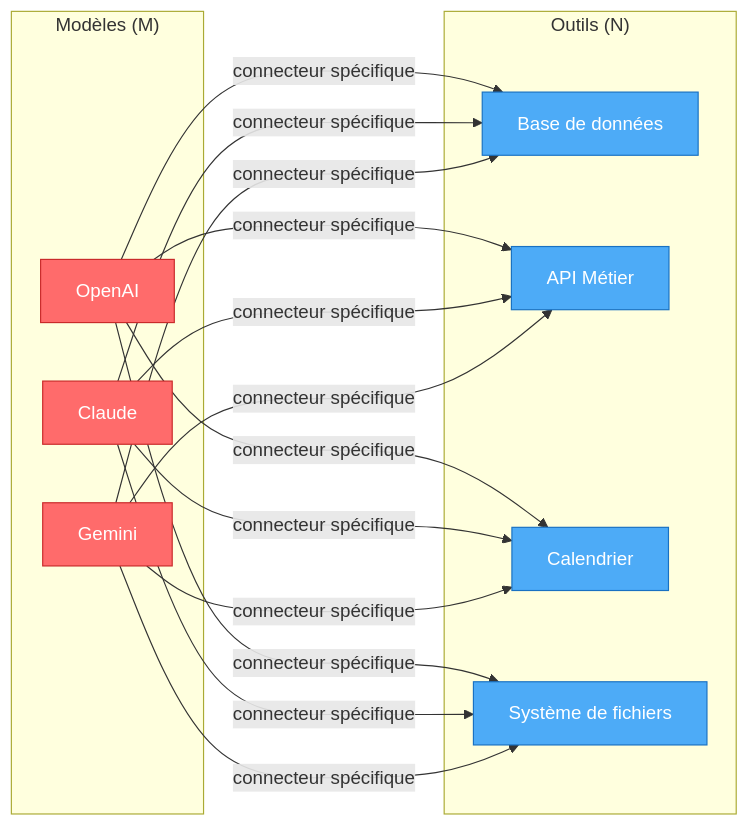
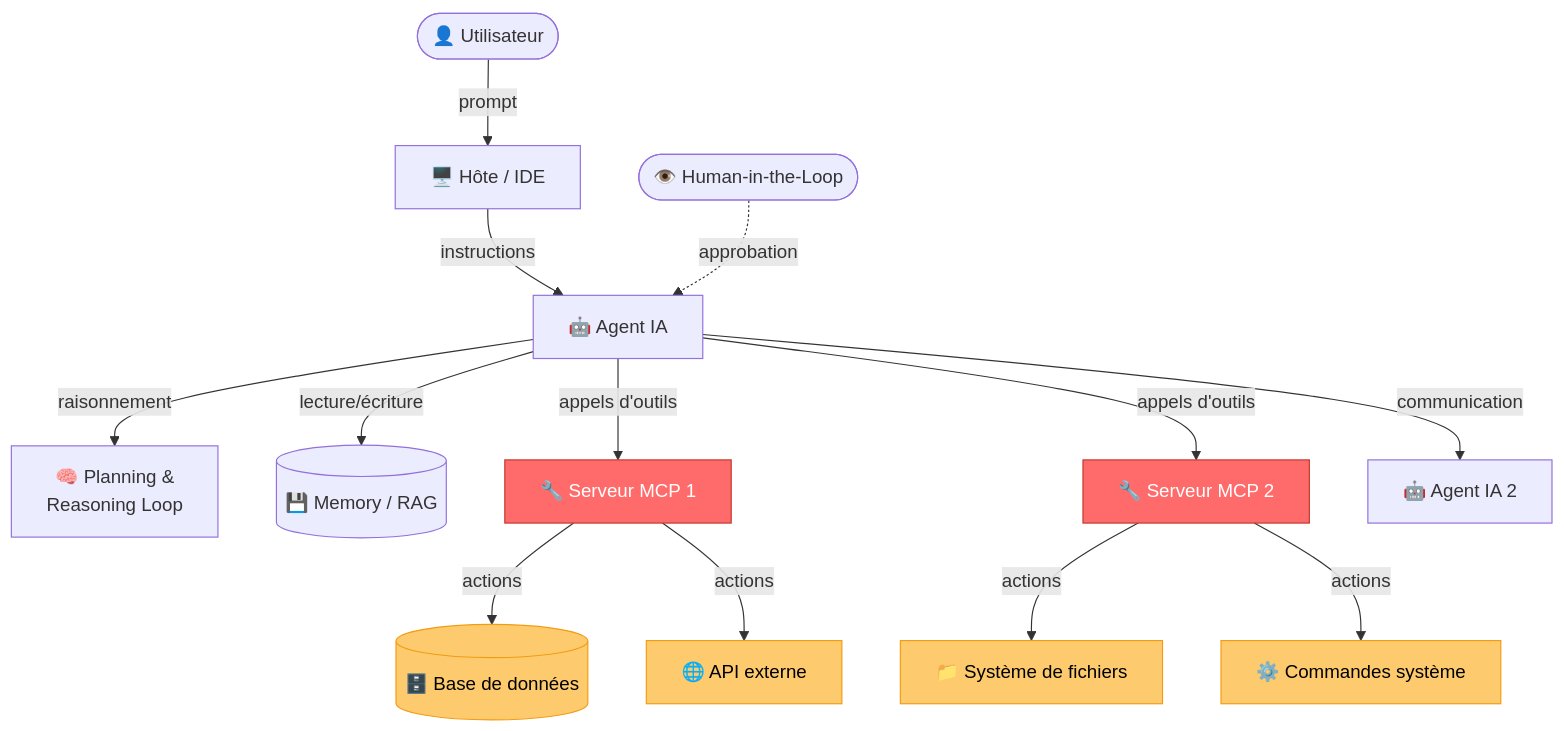
Before and after one commit to pi-2r/devoxxfr2026-workshop-jailbreak-prompt-injection-mcp-poisoning: the first of 9 diagrams in step_11.md, drawn with Mermaid. The commit also changed other lines of this file and 11 other files, not shown here.

````diff
--- a/step_11.md
+++ b/step_11.md
@@ -64,36 +66,22 @@
 ```mermaid
-graph LR
-    subgraph "Modèles (M)"
-        LLM1["OpenAI"]
-        LLM2["Claude"]
-        LLM3["Gemini"]
-    end
+graph TB
+    User(["👤 Utilisateur"]) -->|prompt| Host["🖥️ Hôte / IDE"]
+    Host -->|instructions| Agent["🤖 Agent IA"]
+    Agent -->|raisonnement| PRL["🧠 Planning &<br/>Reasoning Loop"]
+    Agent -->|lecture/écriture| MEM[("💾 Memory / RAG")]
+    Agent -->|appels d'outils| MCP1["🔧 Serveur MCP 1"]
+    Agent -->|appels d'outils| MCP2["🔧 Serveur MCP 2"]
+    Agent -->|communication| Agent2["🤖 Agent IA 2"]
+    MCP1 -->|actions| EXT1[("🗄️ Base de données")]
+    MCP1 -->|actions| EXT2["🌐 API externe"]
+    MCP2 -->|actions| EXT3["📁 Système de fichiers"]
+    MCP2 -->|actions| EXT4["⚙️ Commandes système"]
+    HITL(["👁️ Human-in-the-Loop"]) -.->|approbation| Agent
 
-    subgraph "Outils (N)"
-        T1["Base de données"]
-        T2["API Métier"]
-        T3["Calendrier"]
-        T4["Système de fichiers"]
-    end
-
-    LLM1 -->|"connecteur spécifique"| T1
-    LLM1 -->|"connecteur spécifique"| T2
-    LLM1 -->|"connecteur spécifique"| T3
-    LLM1 -->|"connecteur spécifique"| T4
-    LLM2 -->|"connecteur spécifique"| T1
-    LLM2 -->|"connecteur spécifique"| T2
-    LLM2 -->|"connecteur spécifique"| T3
-    LLM2 -->|"connecteur spécifique"| T4
-    LLM3 -->|"connecteur spécifique"| T1
-    LLM3 -->|"connecteur spécifique"| T2
-    LLM3 -->|"connecteur spécifique"| T3
-    LLM3 -->|"connecteur spécifique"| T4
-
-    style LLM1 fill:#ff6b6b,stroke:#c92a2a,color:#fff
-    style LLM2 fill:#ff6b6b,stroke:#c92a2a,color:#fff
-    style LLM3 fill:#ff6b6b,stroke:#c92a2a,color:#fff
-    style T1 fill:#4dabf7,stroke:#1971c2,color:#fff
-    style T2 fill:#4dabf7,stroke:#1971c2,color:#fff
-    style T3 fill:#4dabf7,stroke:#1971c2,color:#fff
-    style T4 fill:#4dabf7,stroke:#1971c2,color:#fff
+    style MCP1 fill:#ff6b6b,stroke:#c0392b,color:#fff
+    style MCP2 fill:#ff6b6b,stroke:#c0392b,color:#fff
+    style EXT1 fill:#fdcb6e,stroke:#f39c12,color:#000
+    style EXT2 fill:#fdcb6e,stroke:#f39c12,color:#000
+    style EXT3 fill:#fdcb6e,stroke:#f39c12,color:#000
+    style EXT4 fill:#fdcb6e,stroke:#f39c12,color:#000
 ```
````
